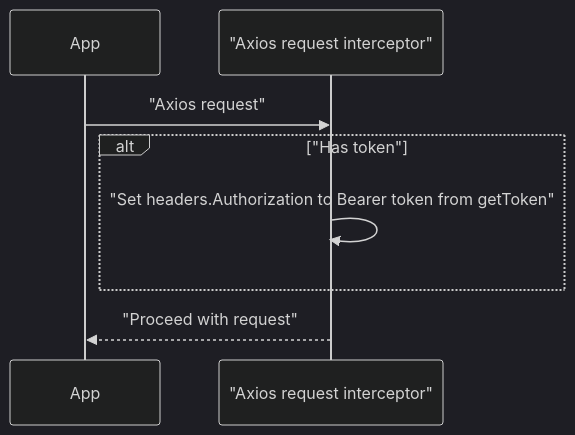
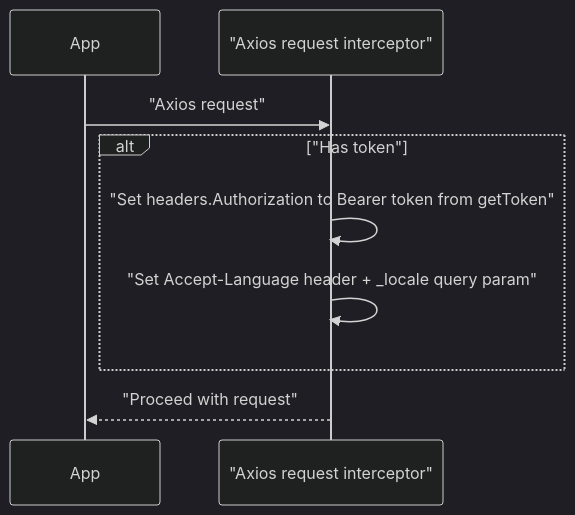
The fourth of 5 diagrams in docs/design/architecture.md (immane/crud-admin), drawn with Mermaid (dark theme) before and after one commit. The commit also changed other lines of this file and 4 other files, not shown here.

````diff
--- a/docs/design/architecture.md
+++ b/docs/design/architecture.md
@@ -114,10 +115,11 @@
 ```mermaid
 sequenceDiagram
     participant App
     participant Interceptor as "Axios request interceptor"
     App->>Interceptor: "Axios request"
     alt "Has token"
         Interceptor->>Interceptor: "Set headers.Authorization to Bearer token from getToken"
+        Interceptor->>Interceptor: "Set Accept-Language header + _locale query param"
     end
     Interceptor-->>App: "Proceed with request"
 ```
````
